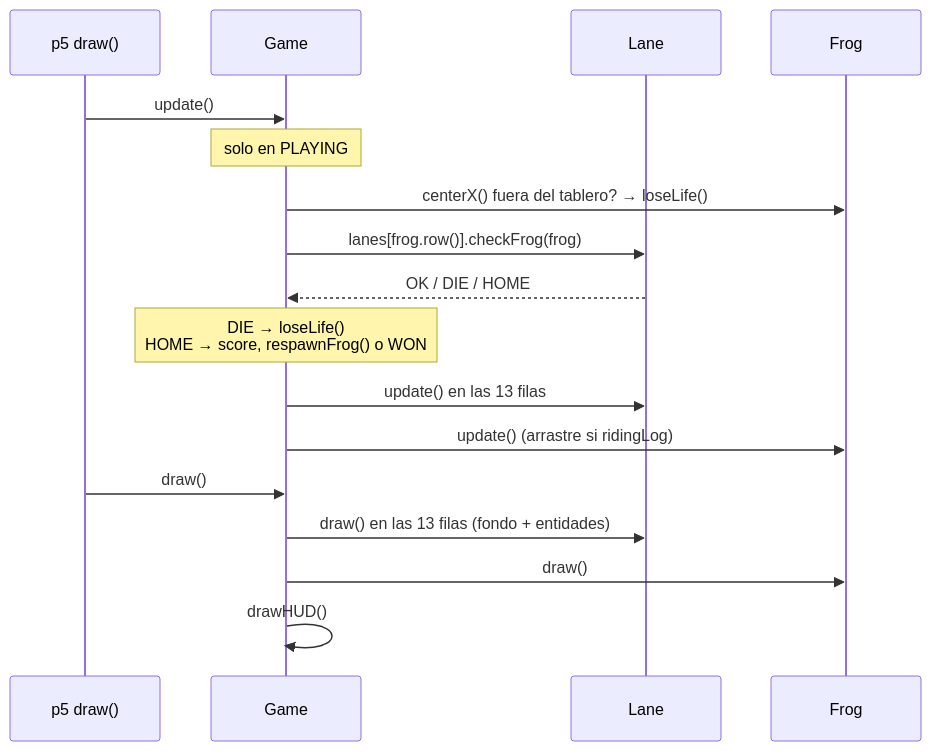
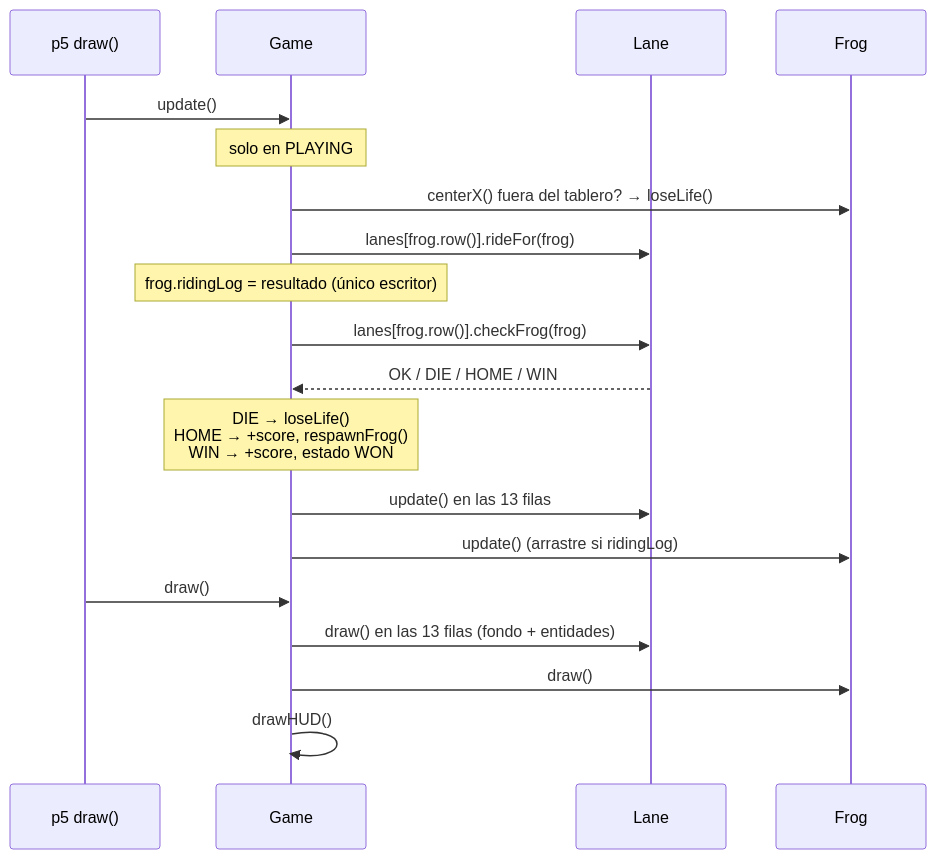
Before and after one commit to ShryhakAkizuki/Frogger-Visual_Computing_2026-II: the third of 3 diagrams in docs/ARQUITECTURA.md, drawn with Mermaid. The commit also changed other lines of this file and 7 other files, not shown here.

````diff
--- a/docs/ARQUITECTURA.md
+++ b/docs/ARQUITECTURA.md
@@ -242,21 +245,23 @@
 ```mermaid
 sequenceDiagram
     participant P5 as p5 draw()
     participant G as Game
     participant L as Lane
     participant F as Frog
 
     P5->>G: update()
     Note over G: solo en PLAYING
     G->>F: centerX() fuera del tablero? → loseLife()
+    G->>L: lanes[frog.row()].rideFor(frog)
+    Note over G: frog.ridingLog = resultado (único escritor)
     G->>L: lanes[frog.row()].checkFrog(frog)
-    L-->>G: OK / DIE / HOME
-    Note over G: DIE → loseLife()<br/>HOME → score, respawnFrog() o WON
+    L-->>G: OK / DIE / HOME / WIN
+    Note over G: DIE → loseLife()<br/>HOME → +score, respawnFrog()<br/>WIN → +score, estado WON
     G->>L: update() en las 13 filas
     G->>F: update() (arrastre si ridingLog)
 
     P5->>G: draw()
     G->>L: draw() en las 13 filas (fondo + entidades)
     G->>F: draw()
     G->>G: drawHUD()
 ```
````
